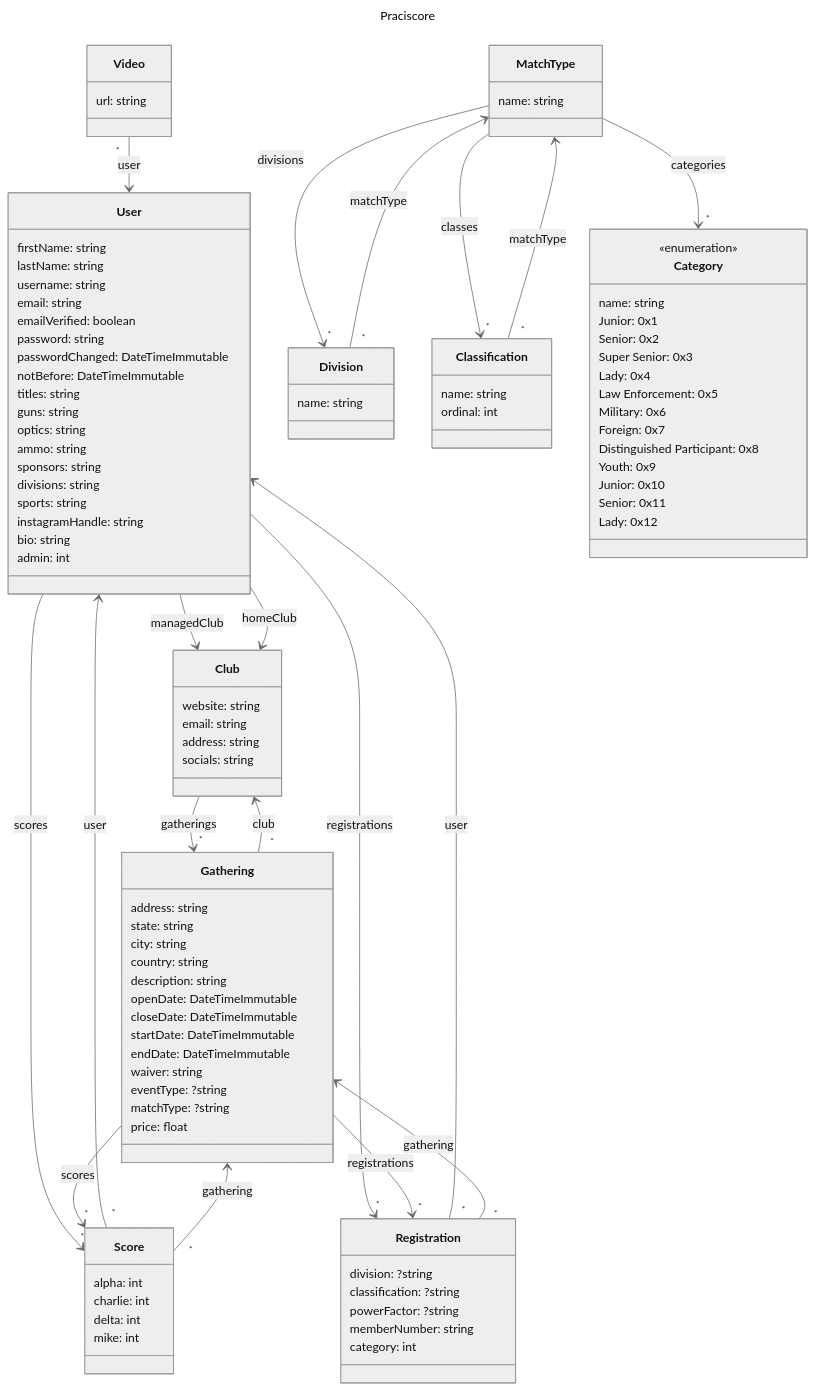
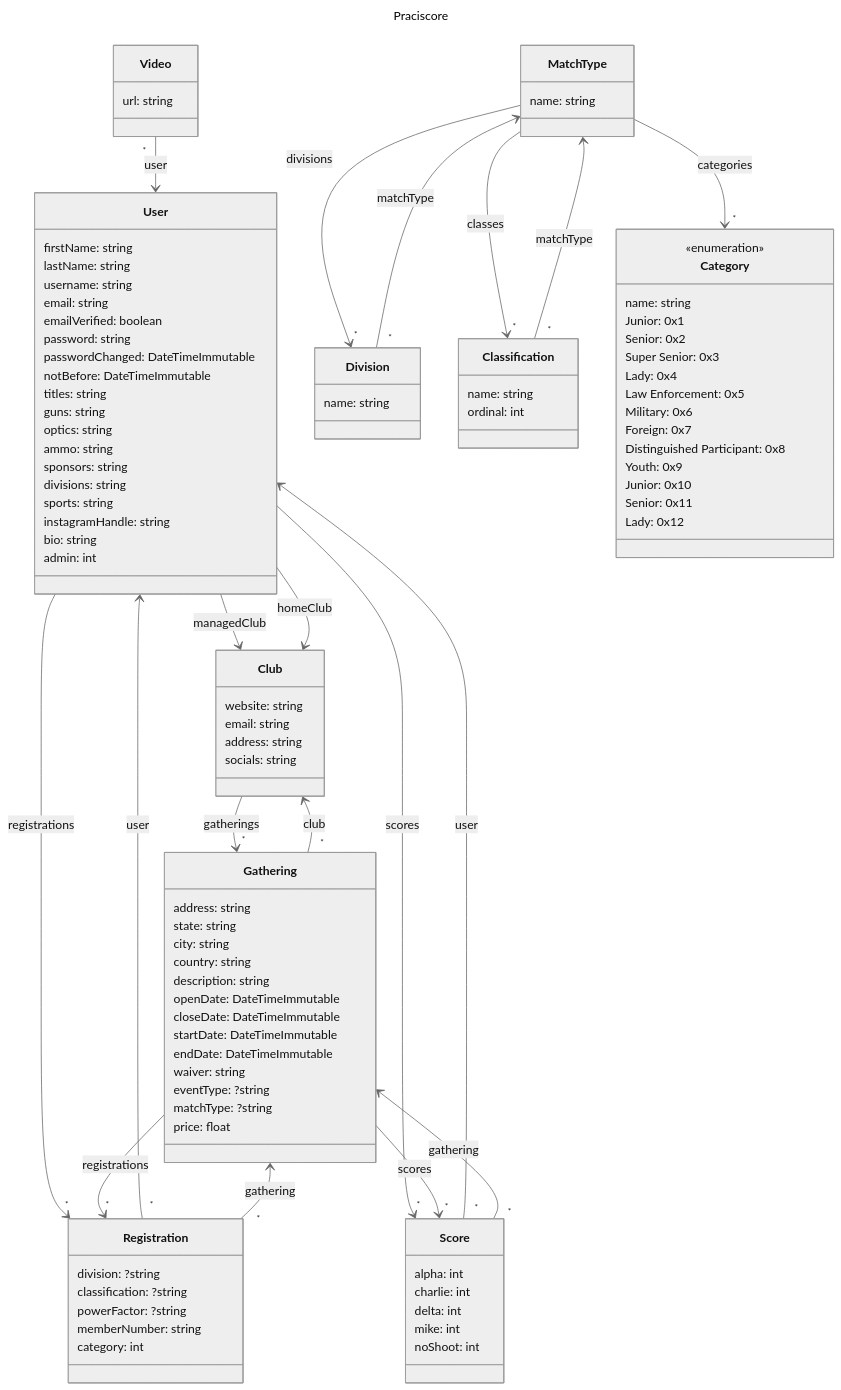
The diagram in docs/class_diagram.mmd (DankYoda/Practiscore), drawn with Mermaid (neutral theme) before and after one commit. The commit also changed 6 other files, not shown here.

```diff
--- a/docs/class_diagram.mmd
+++ b/docs/class_diagram.mmd
@@ -1,112 +1,113 @@
 ---
 title: Praciscore
 ---
 classDiagram
     User --> Club: managedClub
     User --> Club: homeClub
     User --> "*" Registration: registrations
     User --> "*" Score: scores
     class User {
         firstName: string
         lastName: string
         username: string
         email: string
         emailVerified: boolean
         password: string
         passwordChanged: DateTimeImmutable
         notBefore: DateTimeImmutable
         titles: string
         guns: string
         optics: string
         ammo: string
         sponsors: string
         divisions: string
         sports: string
         instagramHandle: string
         bio: string
         admin: int
     }
     Club --> "*" Gathering: gatherings
     class Club {
         website: string
         email: string
         address: string
         socials: string
     }
     Score "*" --> User: user
     Score "*" --> Gathering: gathering
     class Score {
         alpha: int
         charlie: int
         delta: int
         mike: int
+        noShoot: int
     }
 
     Registration "*" --> User: user
     Registration "*" --> Gathering: gathering
     class Registration {
         division: ?string
         classification: ?string
         powerFactor: ?string
         memberNumber: string
         category: int
     }
 
-    Gathering --> "*" Score: scores
     Gathering --> "*" Registration: registrations
     Gathering "*" --> Club: club
+    Gathering --> "*" Score: scores
     class Gathering {
         address: string
         state: string
         city: string
         country: string
         description: string
         openDate: DateTimeImmutable
         closeDate: DateTimeImmutable
         startDate: DateTimeImmutable
         endDate: DateTimeImmutable
         waiver: string
         eventType: ?string
         matchType: ?string
         price: float
     }
     MatchType --> "*" Division: divisions
     MatchType --> "*" Classification: classes
     MatchType --> "*" Category: categories
     class MatchType {
         name: string
     }
     Division "*" --> MatchType: matchType
     class Division {
         name: string
     }
     Classification "*" --> MatchType: matchType
     class Classification {
         name: string
         ordinal: int
     }
 
     class Category {
         name: string
     }
 
     class Category {
         <<enumeration>>
         Junior: 0x1
         Senior: 0x2
         Super Senior: 0x3
         Lady: 0x4
         Law Enforcement: 0x5
         Military: 0x6
         Foreign: 0x7
         Distinguished Participant: 0x8
         Youth: 0x9
         Junior: 0x10
         Senior: 0x11
         Lady: 0x12
     }
 
     Video "*" --> User: user
     class Video {
         url: string
     }
```
